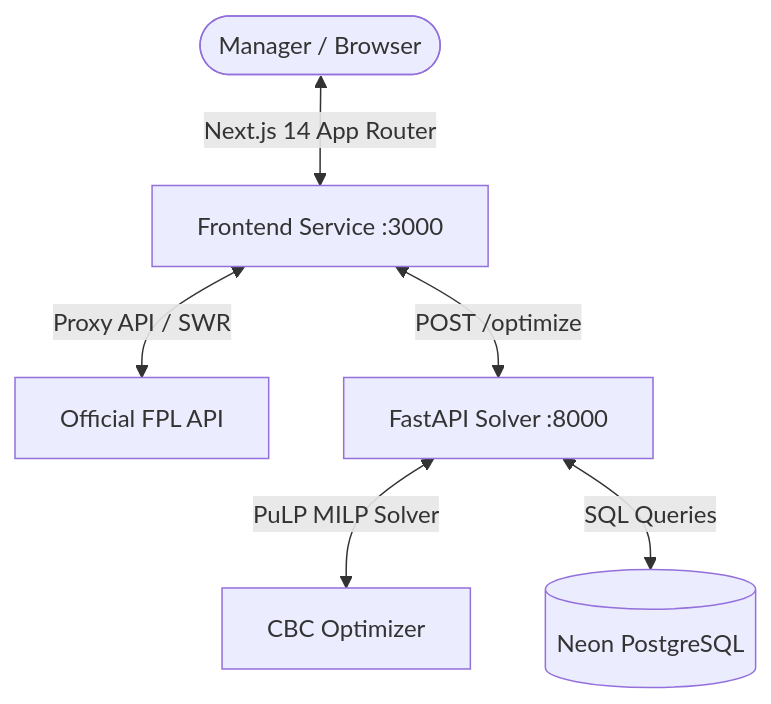
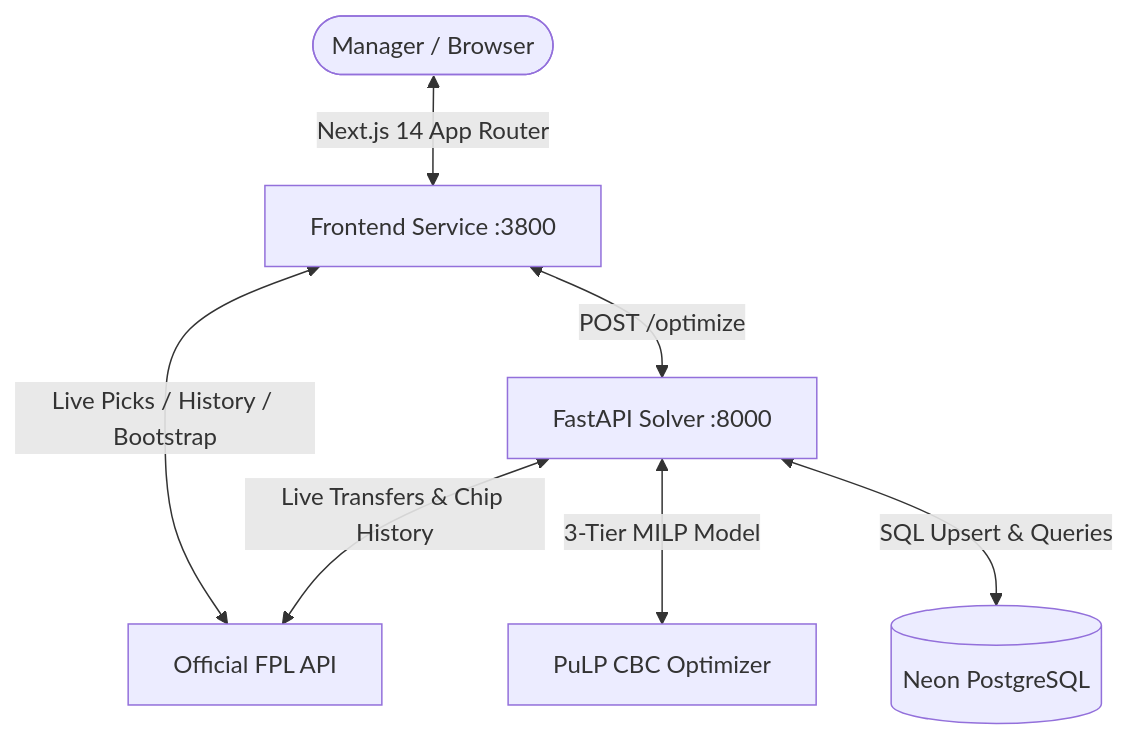
The diagram in README.md (dkiriinya/fpl-transfer-engine), drawn with Mermaid before and after one commit. The commit also changed other lines of this file, not shown here.

Commit message:
docs: update README with OpenFPL v3.0 engine, 3-tier MILP solver, and port 3800 details

````diff
--- a/README.md
+++ b/README.md
@@ -26,8 +39,9 @@
 ```mermaid
 graph TD
-    User([Manager / Browser]) <-->|Next.js 14 App Router| Frontend[Frontend Service :3000]
-    Frontend <-->|Proxy API / SWR| FPLAPI[Official FPL API]
+    User([Manager / Browser]) <-->|Next.js 14 App Router| Frontend[Frontend Service :3800]
+    Frontend <-->|Live Picks / History / Bootstrap| FPLAPI[Official FPL API]
     Frontend <-->|POST /optimize| Backend[FastAPI Solver :8000]
-    Backend <-->|PuLP MILP Solver| Solver[CBC Optimizer]
-    Backend <-->|SQL Queries| DB[(Neon PostgreSQL)]
+    Backend <-->|3-Tier MILP Model| Solver[PuLP CBC Optimizer]
+    Backend <-->|Live Transfers & Chip History| FPLAPI
+    Backend <-->|SQL Upsert & Queries| DB[(Neon PostgreSQL)]
 ```
````
